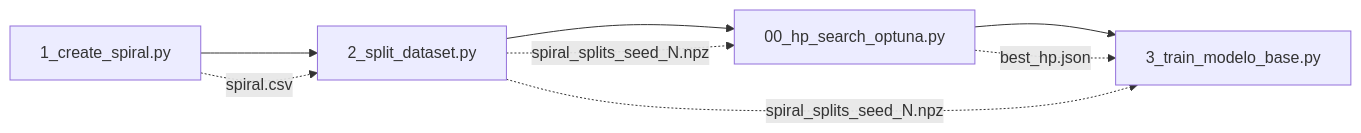
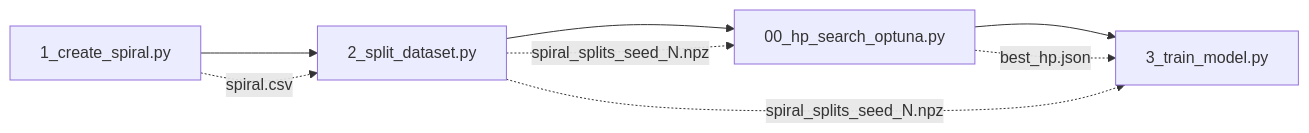
Before and after one commit to santimebi/benchmark: the diagram in doc/pipeline.md, drawn with Mermaid. The commit also changed other lines of this file and 6 other files, not shown here.

Commit message:
Refactor training pipeline to parameterized 3_train_model.py, implement CFK unlearning, and add tests

````diff
--- a/doc/pipeline.md
+++ b/doc/pipeline.md
@@ -47,11 +47,11 @@
 ```mermaid
 flowchart LR
     A["1_create_spiral.py"] --> B["2_split_dataset.py"]
     B --> C["00_hp_search_optuna.py"]
-    C --> D["3_train_modelo_base.py"]
+    C --> D["3_train_model.py"]
     
     A -. "spiral.csv" .-> B
     B -. "spiral_splits_seed_N.npz" .-> C
     C -. "best_hp.json" .-> D
     B -. "spiral_splits_seed_N.npz" .-> D
 ```
````
